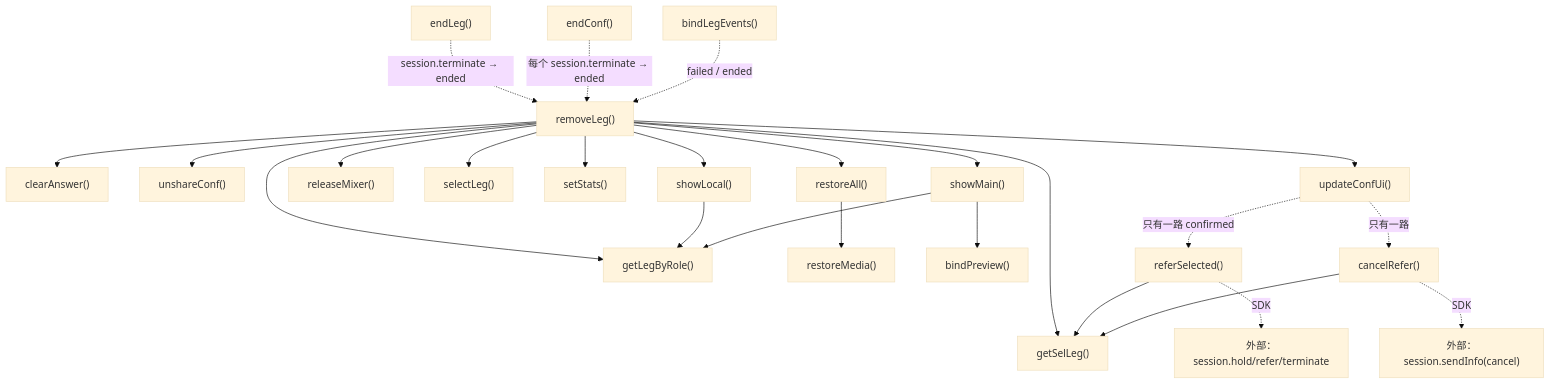
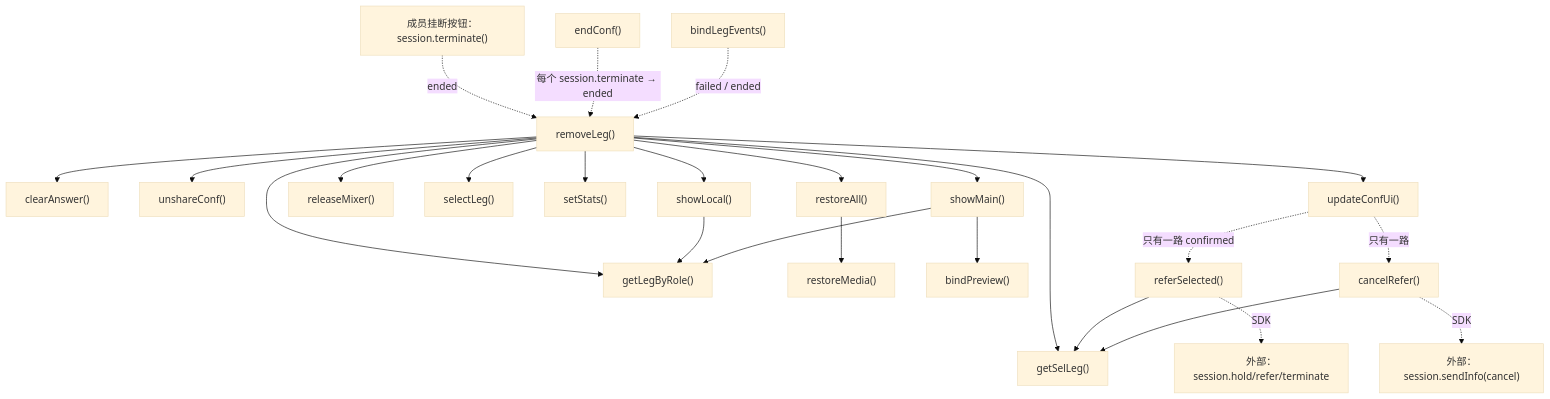
Before and after one commit to lei40251/JsSIP: diagram 19 of 20 in docs/app-conference-guide.md, drawn with Mermaid (base theme). The commit also changed other lines of this file and 12 other files, not shown here.

````diff
--- a/docs/app-conference-guide.md
+++ b/docs/app-conference-guide.md
@@ -1344,30 +1341,30 @@
 ```mermaid
 flowchart TD
-  TERMONE["endLeg()"] -.->|"session.terminate → ended"| CLEAN["removeLeg()"]
+  TERMONE["成员挂断按钮：session.terminate()"] -.->|"ended"| CLEAN["removeLeg()"]
   TERMALL["endConf()"] -.->|"每个 session.terminate → ended"| CLEAN
   EVENTS["bindLegEvents()"] -.->|"failed / ended"| CLEAN
 
   CLEAN --> BYROLE["getLegByRole()"]
   CLEAN --> CLEAR["clearAnswer()"]
   CLEAN --> STOPSCREEN["unshareConf()"]
   CLEAN --> RESTORE["restoreAll()"]
   CLEAN --> RELEASE["releaseMixer()"]
   CLEAN --> CURRENT["getSelLeg()"]
   CLEAN --> SELECT["selectLeg()"]
   CLEAN --> TEXT["setStats()"]
   CLEAN --> LOCAL["showLocal()"]
   CLEAN --> MAIN["showMain()"]
   CLEAN --> UI["updateConfUi()"]
 
   RESTORE --> RESTORE_ONE["restoreMedia()"]
   LOCAL --> BYROLE
   MAIN --> BYROLE
   MAIN --> PREVIEW["bindPreview()"]
 
   UI -.->|"只有一路 confirmed"| REFER["referSelected()"]
   UI -.->|"只有一路"| CANCEL["cancelRefer()"]
   REFER --> CURRENT
   CANCEL --> CURRENT
   REFER -.->|"SDK"| SDKREF["外部：session.hold/refer/terminate"]
   CANCEL -.->|"SDK"| SDKINFO["外部：session.sendInfo(cancel)"]
 ```
````
